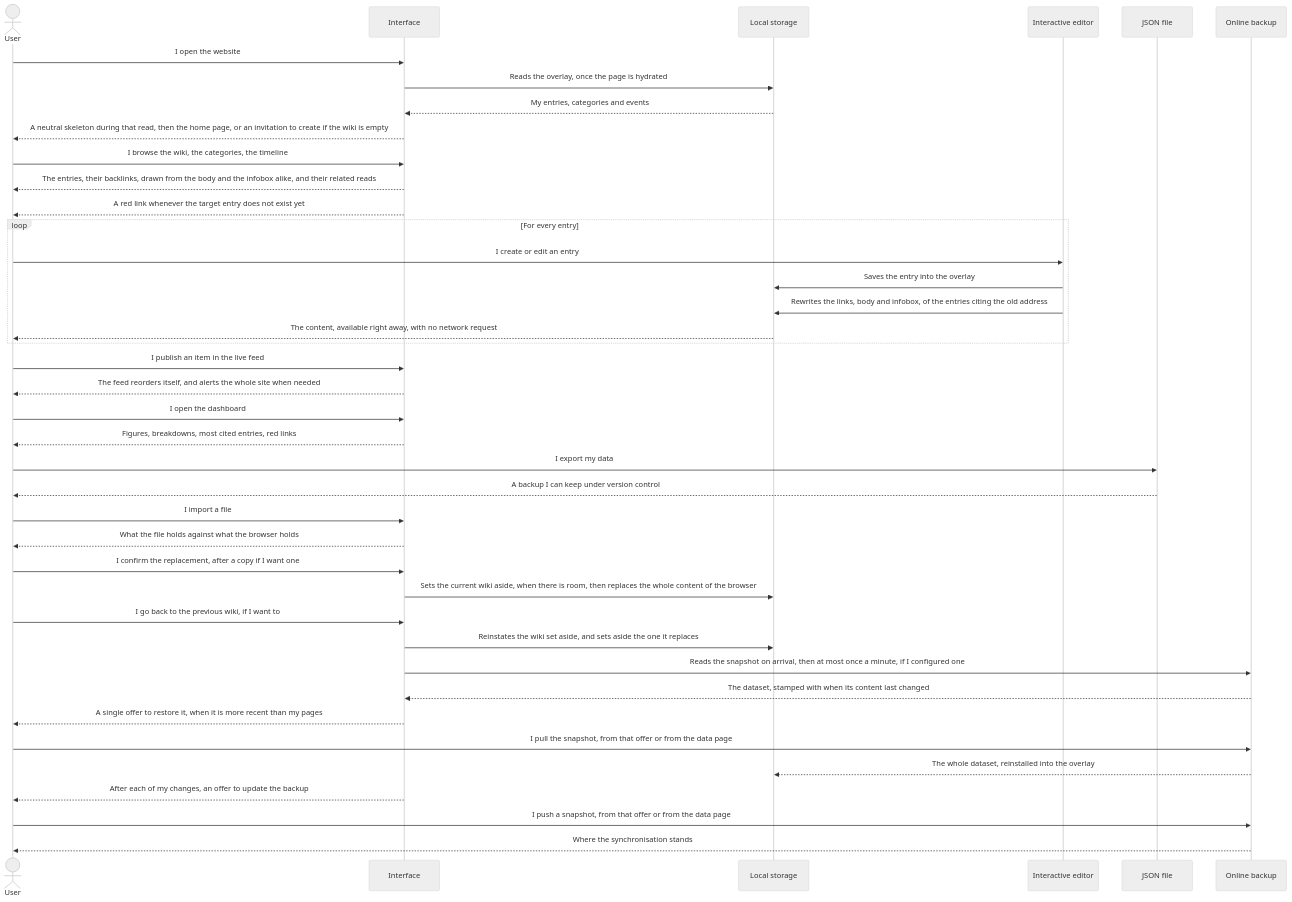
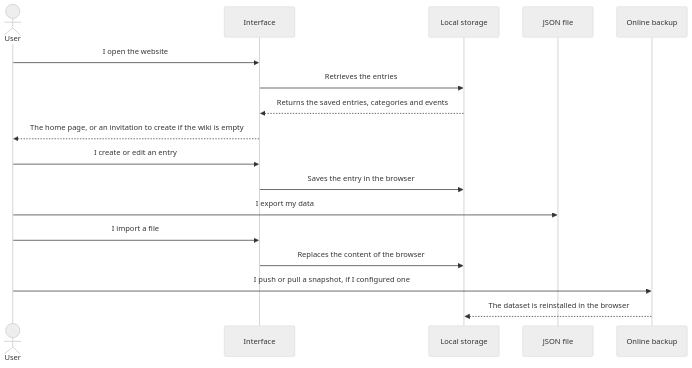
The second of 2 diagrams in README.md (FlorianLeChat/Pericles-Initiative), drawn with Mermaid (neutral theme) before and after one commit. The commit also changed other lines of this file, not shown here.

Commit message:
chore(docs): simplify the mermaid diagrams in the readme to the basic features

````diff
--- a/README.md
+++ b/README.md
@@ -118,49 +96,23 @@
 ```mermaid
 sequenceDiagram
     actor User
     participant Interface
     participant Local storage
-    participant Interactive editor
     participant JSON file
     participant Online backup
 
     User->>Interface: I open the website
-    Interface->>Local storage: Reads the overlay, once the page is hydrated
-    Local storage-->>Interface: My entries, categories and events
-    Interface-->>User: A neutral skeleton during that read, then the home page, or an invitation to create if the wiki is empty
+    Interface->>Local storage: Retrieves the entries
+    Local storage-->>Interface: Returns the saved entries, categories and events
+    Interface-->>User: The home page, or an invitation to create if the wiki is empty
 
-    User->>Interface: I browse the wiki, the categories, the timeline
-    Interface-->>User: The entries, their backlinks, drawn from the body and the infobox alike, and their related reads
-    Interface-->>User: A red link whenever the target entry does not exist yet
-
-    loop For every entry
-        User->>Interactive editor: I create or edit an entry
-        Interactive editor->>Local storage: Saves the entry into the overlay
-        Interactive editor->>Local storage: Rewrites the links, body and infobox, of the entries citing the old address
-        Local storage-->>User: The content, available right away, with no network request
-    end
-
-    User->>Interface: I publish an item in the live feed
-    Interface-->>User: The feed reorders itself, and alerts the whole site when needed
-
-    User->>Interface: I open the dashboard
-    Interface-->>User: Figures, breakdowns, most cited entries, red links
+    User->>Interface: I create or edit an entry
+    Interface->>Local storage: Saves the entry in the browser
 
     User->>JSON file: I export my data
-    JSON file-->>User: A backup I can keep under version control
     User->>Interface: I import a file
-    Interface-->>User: What the file holds against what the browser holds
-    User->>Interface: I confirm the replacement, after a copy if I want one
-    Interface->>Local storage: Sets the current wiki aside, when there is room, then replaces the whole content of the browser
-    User->>Interface: I go back to the previous wiki, if I want to
-    Interface->>Local storage: Reinstates the wiki set aside, and sets aside the one it replaces
+    Interface->>Local storage: Replaces the content of the browser
 
-    Interface->>Online backup: Reads the snapshot on arrival, then at most once a minute, if I configured one
-    Online backup-->>Interface: The dataset, stamped with when its content last changed
-    Interface-->>User: A single offer to restore it, when it is more recent than my pages
-    User->>Online backup: I pull the snapshot, from that offer or from the data page
-    Online backup-->>Local storage: The whole dataset, reinstalled into the overlay
-    Interface-->>User: After each of my changes, an offer to update the backup
-    User->>Online backup: I push a snapshot, from that offer or from the data page
-    Online backup-->>User: Where the synchronisation stands
+    User->>Online backup: I push or pull a snapshot, if I configured one
+    Online backup-->>Local storage: The dataset is reinstalled in the browser
 ```
````
